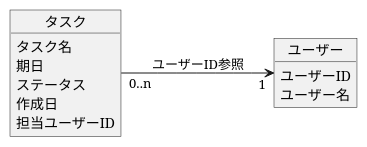
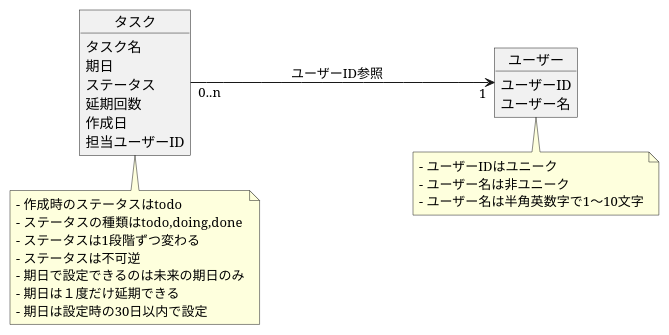
One commit to joj0hq/ddd-go-tutorial changed the diagram in doc/domainModel.pu. Above: the diagram before and after it, drawn with PlantUML.

Commit message:
add domain memo

```diff
--- a/doc/domainModel.pu
+++ b/doc/domainModel.pu
@@ -1,19 +1,23 @@
 @startuml
 left to right direction
 
 object ユーザー {
     ユーザーID
     ユーザー名
 }
 
 object タスク {
     タスク名
     期日
     ステータス
+    延期回数
     作成日
     担当ユーザーID
 }
 
 タスク "0..n" --> "1" ユーザー : ユーザーID参照
 
+note bottom of ユーザー: - ユーザーIDはユニーク\n- ユーザー名は非ユニーク\n- ユーザー名は半角英数字で1〜10文字
+note bottom of タスク: - 作成時のステータスはtodo\n- ステータスの種類はtodo,doing,done\m\n- ステータスは1段階ずつ変わる\n- ステータスは不可逆\n- 期日で設定できるのは未来の期日のみ\n- 期日は１度だけ延期できる\n- 期日は設定時の30日以内で設定
+
 @enduml
```
